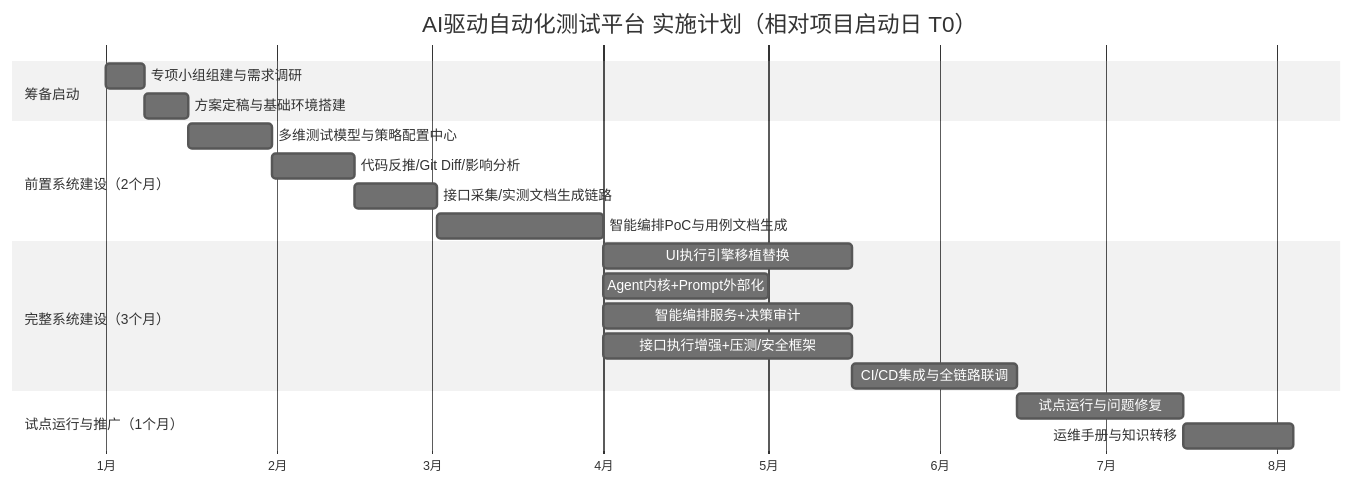
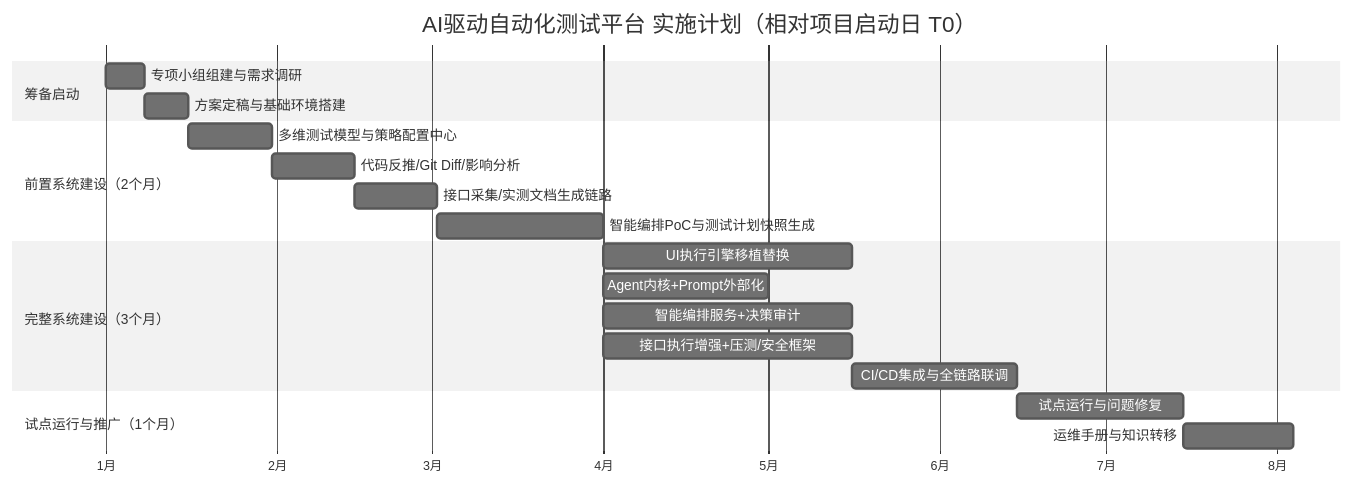
One commit to xiangsong97/xueran changed the ninth of 9 diagrams in AI驱动自动化测试平台自研落地实施方案.md. Above: the diagram before and after it, drawn with Mermaid (neutral theme). The commit also changed other lines of this file, not shown here.

Commit message:
docs: clarify AI test orchestration and chapter 5 flows

````diff
--- a/AI驱动自动化测试平台自研落地实施方案.md
+++ b/AI驱动自动化测试平台自研落地实施方案.md
@@ -864,24 +1096,24 @@
 ```mermaid
 gantt
     title AI驱动自动化测试平台 实施计划（相对项目启动日 T0）
     dateFormat YYYY-MM-DD
     axisFormat %-m月
     section 筹备启动
     专项小组组建与需求调研      :a1, 2026-01-01, 7d
     方案定稿与基础环境搭建      :a2, after a1, 8d
     section 前置系统建设（2个月）
     多维测试模型与策略配置中心   :b1, after a2, 15d
     代码反推/Git Diff/影响分析   :b2, after b1, 15d
     接口采集/实测文档生成链路    :b3, after b2, 15d
-    智能编排PoC与用例文档生成    :b4, after b3, 30d
+    智能编排PoC与测试计划快照生成    :b4, after b3, 30d
     section 完整系统建设（3个月）
     UI执行引擎移植替换           :c1, after b4, 45d
     Agent内核+Prompt外部化      :c2, after b4, 30d
     智能编排服务+决策审计         :c3, after b4, 45d
     接口执行增强+压测/安全框架     :c4, after b4, 45d
     CI/CD集成与全链路联调         :c5, after c4, 30d
     section 试点运行与推广（1个月）
     试点运行与问题修复           :d1, after c5, 30d
     运维手册与知识转移           :d2, after d1, 20d
 
 ```
````
